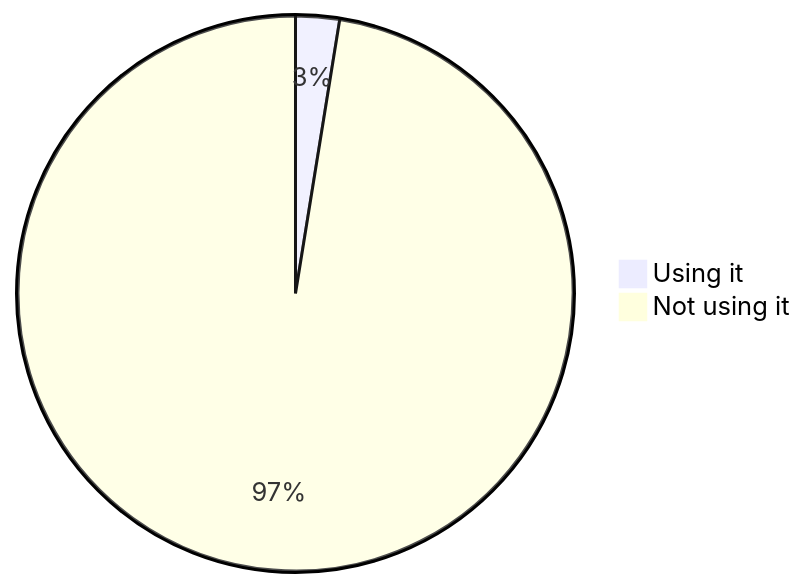
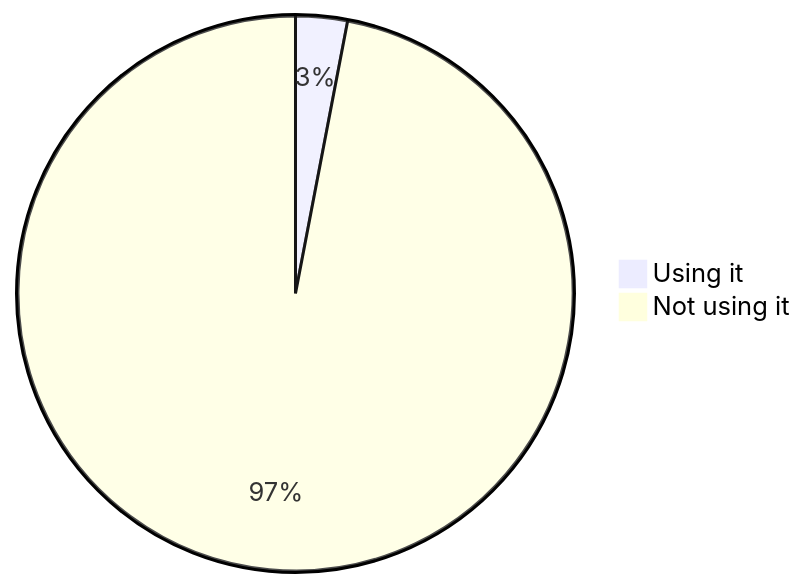
Before and after one commit to oshp/oshp-stats: the seventh of 22 diagrams in stats.md, drawn with Mermaid. The commit also changed other lines of this file, not shown here.

````diff
--- a/stats.md
+++ b/stats.md
@@ -82,6 +82,6 @@
 ```mermaid
 pie
-	"Using it" : 2.55
-	"Not using it" : 97.45
+	"Using it" : 3.01
+	"Not using it" : 96.99
 
 ```
````
